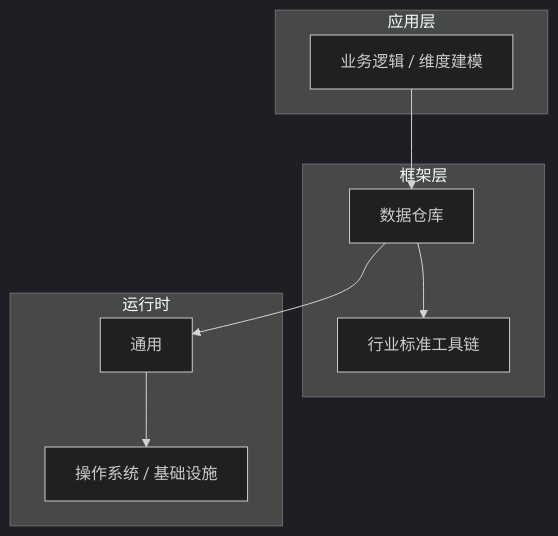
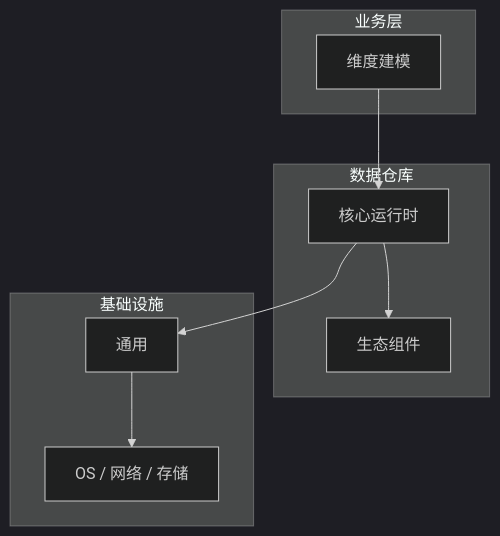
One commit to yanggan2015/knowledge-json-v2 changed the diagram in articles/数据仓库/chapters/007-维度建模核心概念与原理.md. Above: the diagram before and after it, drawn with Mermaid (dark theme). The commit also changed other lines of this file and 10127 other files, not shown here.

````diff
--- a/articles/数据仓库/chapters/007-维度建模核心概念与原理.md
+++ b/articles/数据仓库/chapters/007-维度建模核心概念与原理.md
@@ -45,18 +34,18 @@
 ```mermaid
 graph TB
-    subgraph 应用层
-        A[业务逻辑 / 维度建模]
+    subgraph 业务层
+        A[维度建模]
     end
-    subgraph 框架层
-        B[数据仓库]
-        C[行业标准工具链]
+    subgraph 数据仓库
+        B[核心运行时]
+        C[生态组件]
     end
-    subgraph 运行时
+    subgraph 基础设施
         D[通用]
-        E[操作系统 / 基础设施]
+        E[OS / 网络 / 存储]
     end
     A --> B
     B --> C
     B --> D
     D --> E
 ```
````
